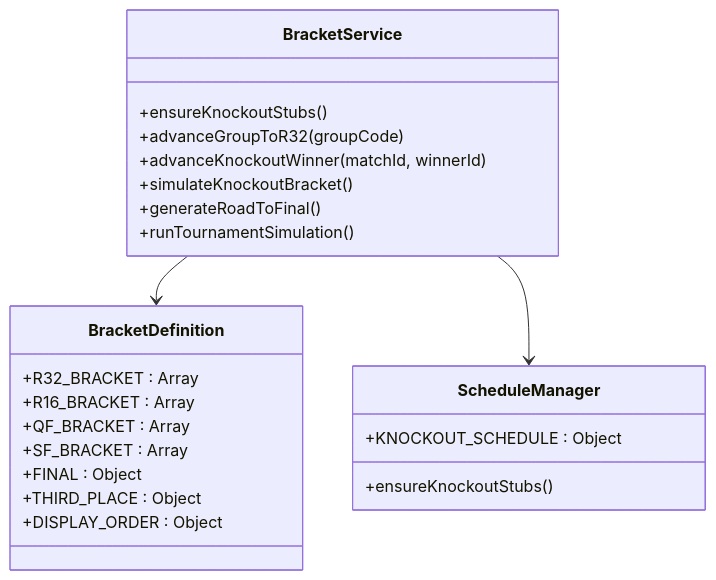
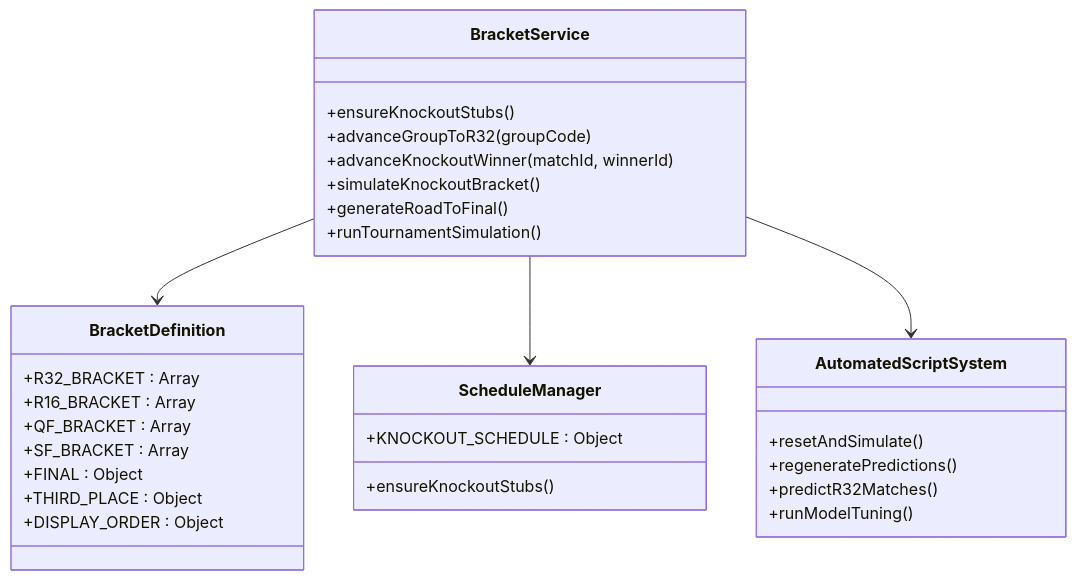
One commit to cheesiong/WC26-qwen changed the fourth of 10 diagrams in .qoder/repowiki/en/content/Tournament Management/Bracket Service.md. Above: the diagram before and after it, drawn with Mermaid. The commit also changed other lines of this file and 49 other files, not shown here.

````diff
--- a/.qoder/repowiki/en/content/Tournament Management/Bracket Service.md
+++ b/.qoder/repowiki/en/content/Tournament Management/Bracket Service.md
@@ -142,26 +312,33 @@
 ```mermaid
 classDiagram
 class BracketService {
 +ensureKnockoutStubs()
 +advanceGroupToR32(groupCode)
 +advanceKnockoutWinner(matchId, winnerId)
 +simulateKnockoutBracket()
 +generateRoadToFinal()
 +runTournamentSimulation()
 }
 class BracketDefinition {
 +R32_BRACKET : Array
 +R16_BRACKET : Array
 +QF_BRACKET : Array
 +SF_BRACKET : Array
 +FINAL : Object
 +THIRD_PLACE : Object
 +DISPLAY_ORDER : Object
 }
 class ScheduleManager {
 +KNOCKOUT_SCHEDULE : Object
 +ensureKnockoutStubs()
 }
+class AutomatedScriptSystem {
++resetAndSimulate()
++regeneratePredictions()
++predictR32Matches()
++runModelTuning()
+}
 BracketService --> BracketDefinition
 BracketService --> ScheduleManager
+BracketService --> AutomatedScriptSystem
 ```
````
